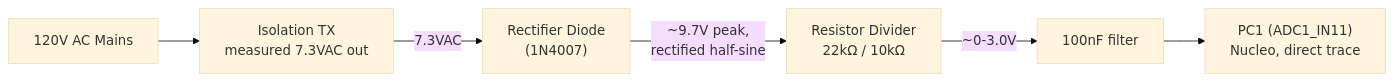
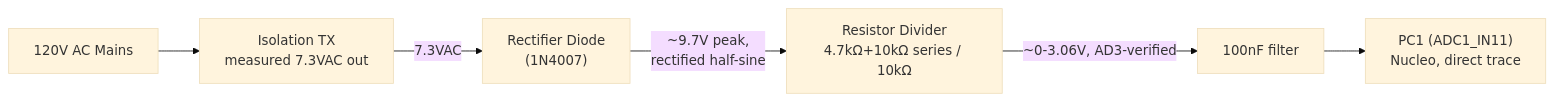
The sixth of 6 diagrams in docs/BOARD_V2_DIRECT.md (metanurb21/Nucleo-induction-heater), drawn with Mermaid (base theme) before and after one commit. The commit also changed other lines of this file and 7 other files, not shown here.

````diff
--- a/docs/BOARD_V2_DIRECT.md
+++ b/docs/BOARD_V2_DIRECT.md
@@ -527,8 +785,8 @@
 ```mermaid
 graph LR
     AC["120V AC Mains"] --> TX["Isolation TX<br/>measured 7.3VAC out"]
     TX -->|"7.3VAC"| DIODE["Rectifier Diode<br/>(1N4007)"]
-    DIODE -->|"~9.7V peak,<br/>rectified half-sine"| DIV["Resistor Divider<br/>22kΩ / 10kΩ"]
-    DIV -->|"~0-3.0V"| FILT["100nF filter"]
+    DIODE -->|"~9.7V peak,<br/>rectified half-sine"| DIV["Resistor Divider<br/>4.7kΩ+10kΩ series / 10kΩ"]
+    DIV -->|"~0-3.06V, AD3-verified"| FILT["100nF filter"]
     FILT --> PC1["PC1 (ADC1_IN11)<br/>Nucleo, direct trace"]
 ```
````
